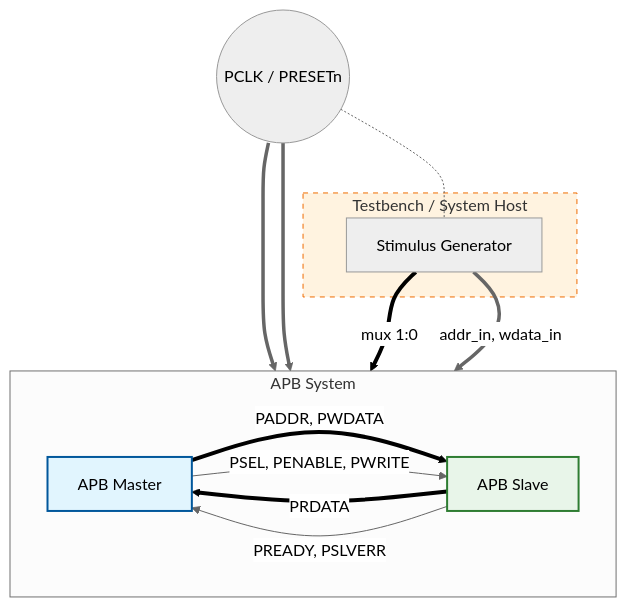
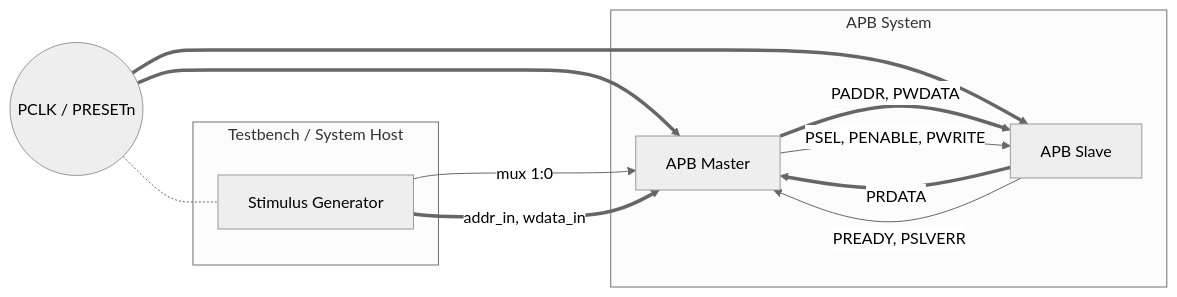
The diagram in README.md (MichaelMostytskyy-boop/APB-SystemVerilog), drawn with Mermaid (neutral theme) before and after one commit.

Commit message:
Update architecture diagram to Left-Right rectangular layout

````diff
--- a/README.md
+++ b/README.md
@@ -19,41 +19,32 @@
 ```mermaid
-graph TD
-    %% Global Signals
+graph LR
+    %% Global Signals on the far left
     CLK((PCLK / PRESETn))
 
     subgraph TB [Testbench / System Host]
         GEN[Stimulus Generator]
     end
 
     subgraph DUT [APB System]
-        direction LR
         M[APB Master]
         S[APB Slave]
     end
 
-    %% Clock Connections
+    %% Clock Connections going right
     CLK -.- GEN
     CLK ==> M
     CLK ==> S
 
-    %% Host to Master Interface
+    %% Host to Master Interface going right
     GEN -->|mux 1:0| M
     GEN ==>|addr_in, wdata_in| M
 
-    %% APB Forward Channel (Master to Slave)
+    %% APB Forward Channel going right
     M ==>|PADDR, PWDATA| S
     M -->|PSEL, PENABLE, PWRITE| S
 
-    %% APB Feedback Channel (Slave to Master)
+    %% APB Feedback Channel returning left
     S ==>|PRDATA| M
     S -->|PREADY, PSLVERR| M
-
-    %% Styling
-    style M fill:#e1f5fe,stroke:#01579b,stroke-width:2px
-    style S fill:#e8f5e9,stroke:#2e7d32,stroke-width:2px
-    style TB fill:#fff3e0,stroke:#ef6c00,stroke-dasharray: 5 5
-    
-    %% Link Styling
-    linkStyle 3,5,7 stroke-width:4px,fill:none,stroke:black;
     
 ```
````
